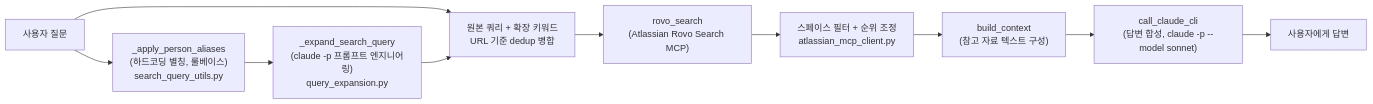
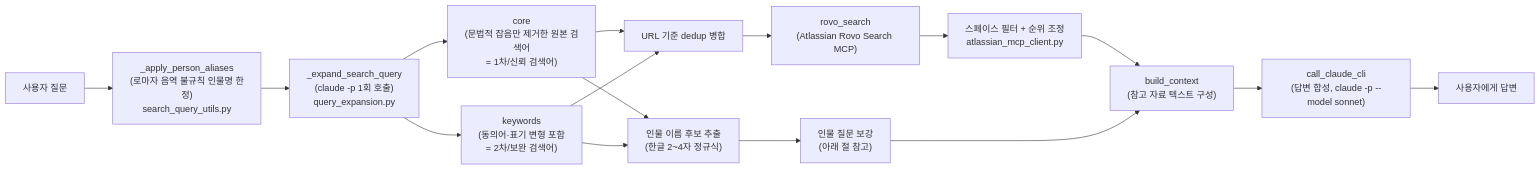
Before and after one commit to HyunjeSung/qcells_ems_wikibot: the first of 3 diagrams in README.md, drawn with Mermaid. The commit also changed other lines of this file and 1 other file, not shown here.

First line of the commit message:
Release v1.2.2: show version in UI, document author-search pipeline

````diff
--- a/README.md
+++ b/README.md
@@ -38,12 +50,18 @@
 ```mermaid
 flowchart LR
-    Q["사용자 질문"] --> A["_apply_person_aliases\n(하드코딩 별칭, 룰베이스)\nsearch_query_utils.py"]
-    A --> B["_expand_search_query\n(claude -p 프롬프트 엔지니어링)\nquery_expansion.py"]
-    Q --> M
-    B --> M["원본 쿼리 + 확장 키워드\nURL 기준 dedup 병합"]
+    Q["사용자 질문"] --> A["_apply_person_aliases\n(로마자 음역 불규칙 인물명 한정)\nsearch_query_utils.py"]
+    A --> B["_expand_search_query\n(claude -p 1회 호출)\nquery_expansion.py"]
+    B --> CORE["core\n(문법적 잡음만 제거한 원본 검색어\n= 1차/신뢰 검색어)"]
+    B --> KW["keywords\n(동의어·표기 변형 포함\n= 2차/보완 검색어)"]
+    CORE --> M["URL 기준 dedup 병합"]
+    KW --> M
     M --> D["rovo_search\n(Atlassian Rovo Search MCP)"]
     D --> E["스페이스 필터 + 순위 조정\natlassian_mcp_client.py"]
+    CORE --> PN["인물 이름 후보 추출\n(한글 2~4자 정규식)"]
+    KW --> PN
+    PN --> AA["인물 질문 보강\n(아래 절 참고)"]
     E --> F["build_context\n(참고 자료 텍스트 구성)"]
+    AA --> F
     F --> G["call_claude_cli\n(답변 합성, claude -p --model sonnet)"]
     G --> H["사용자에게 답변"]
 ```
````
